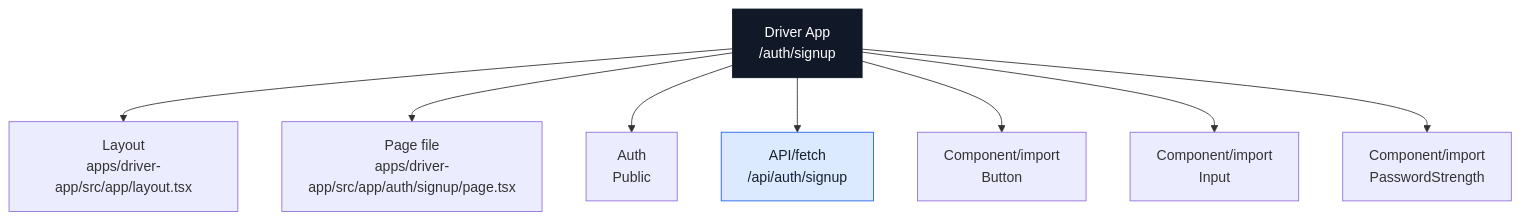
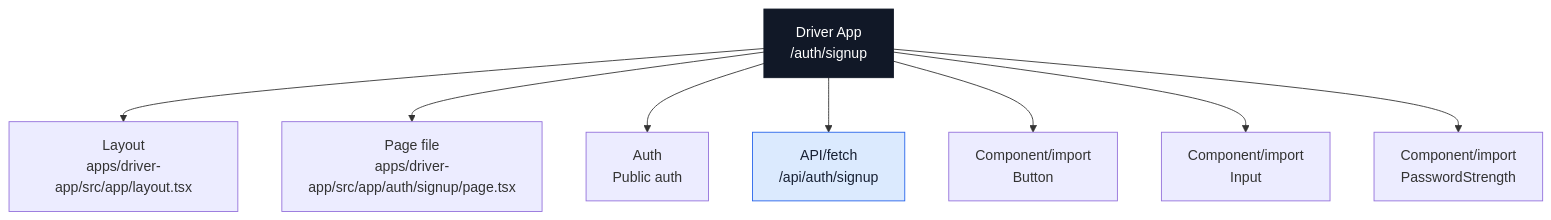
One commit to Ritenoob/ridendine-marketplace changed the second of 10 diagrams in docs/architecture/codebase-map/pages/driver-app-pages.md. Above: the diagram before and after it, drawn with Mermaid. The commit also changed other lines of this file and 34 other files, not shown here.

````diff
--- a/docs/architecture/codebase-map/pages/driver-app-pages.md
+++ b/docs/architecture/codebase-map/pages/driver-app-pages.md
@@ -88,24 +88,24 @@
 ```mermaid
 flowchart TB
   Page["Driver App<br/>/auth/signup"]
   Layout["Layout<br/>apps/driver-app/src/app/layout.tsx"]
   File["Page file<br/>apps/driver-app/src/app/auth/signup/page.tsx"]
-  Auth["Auth<br/>Public"]
+  Auth["Auth<br/>Public auth"]
   Page --> Layout
   Page --> File
   Page --> Auth
   Api0["API/fetch<br/>/api/auth/signup"]
   Page --> Api0
   Component0["Component/import<br/>Button"]
   Page --> Component0
   Component1["Component/import<br/>Input"]
   Page --> Component1
   Component2["Component/import<br/>PasswordStrength"]
   Page --> Component2
   classDef page fill:#111827,stroke:#111827,color:#ffffff
   classDef data fill:#dcfce7,stroke:#16a34a,color:#172033
   classDef api fill:#dbeafe,stroke:#2563eb,color:#172033
   classDef warn fill:#fef3c7,stroke:#f59e0b,color:#172033
   class Page page
   class Api0 api
 ```
````
